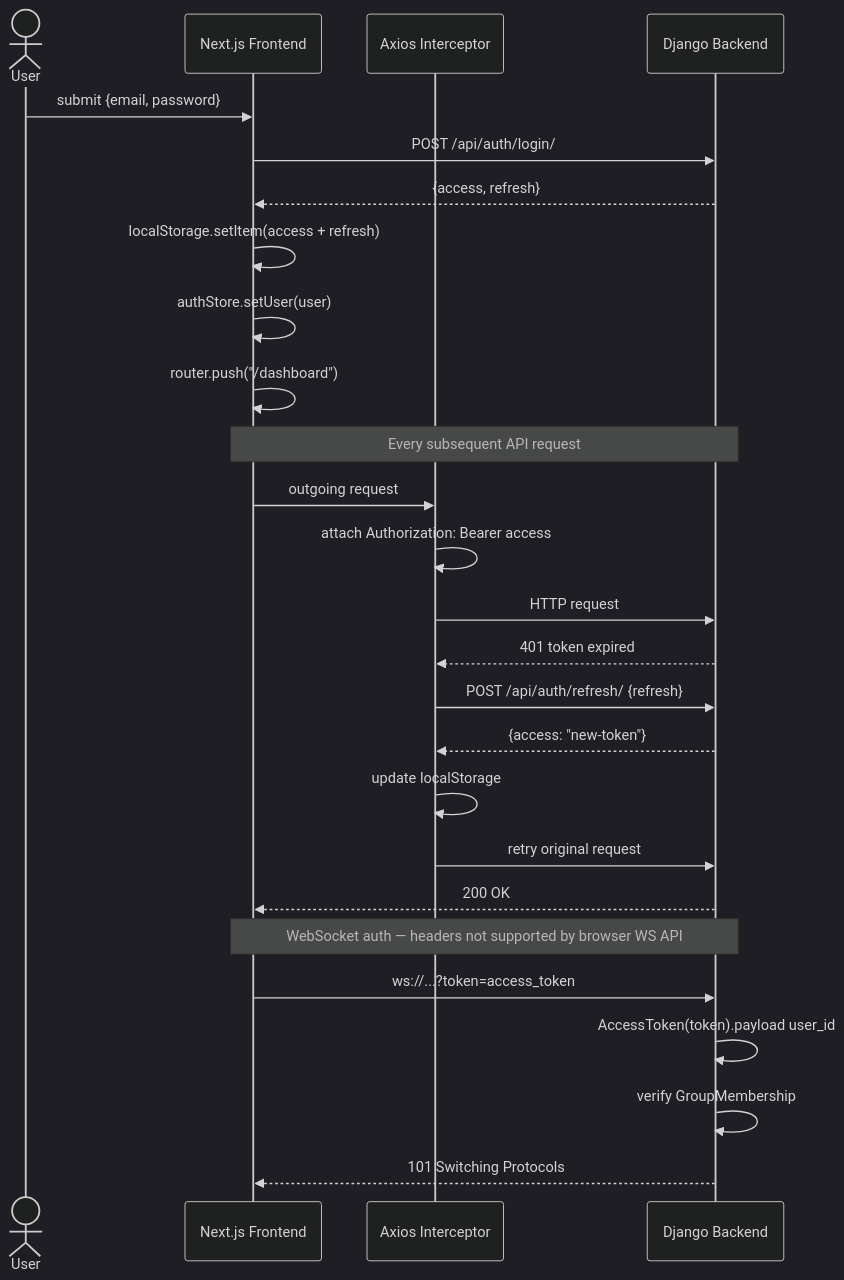
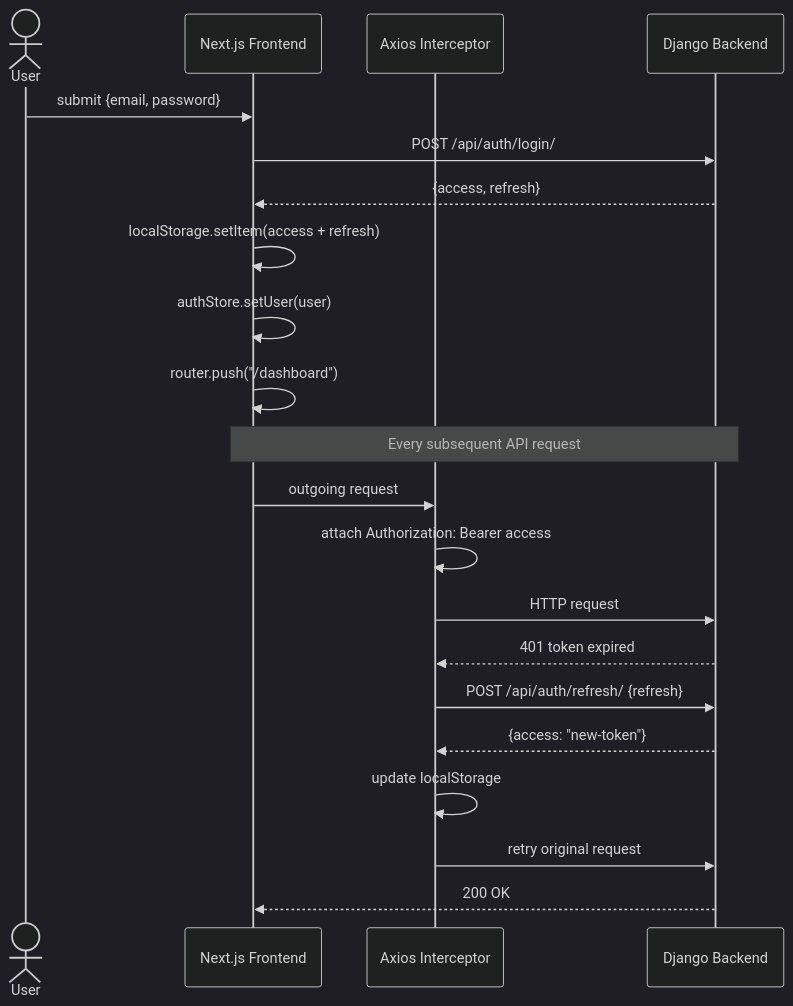
Before and after one commit to MatinMovahedi/StudySync: the second of 6 diagrams in README.md, drawn with Mermaid (dark theme). The commit also changed other lines of this file and 2 other files, not shown here.

````diff
--- a/README.md
+++ b/README.md
@@ -438,31 +299,25 @@
 ```mermaid
 sequenceDiagram
     actor User
     participant FE as Next.js Frontend
     participant AX as Axios Interceptor
     participant BE as Django Backend
 
     User->>FE: submit {email, password}
     FE->>BE: POST /api/auth/login/
     BE-->>FE: {access, refresh}
     FE->>FE: localStorage.setItem(access + refresh)
     FE->>FE: authStore.setUser(user)
     FE->>FE: router.push("/dashboard")
 
     Note over FE,BE: Every subsequent API request
     FE->>AX: outgoing request
     AX->>AX: attach Authorization: Bearer access
     AX->>BE: HTTP request
     BE-->>AX: 401 token expired
     AX->>BE: POST /api/auth/refresh/ {refresh}
     BE-->>AX: {access: "new-token"}
     AX->>AX: update localStorage
     AX->>BE: retry original request
     BE-->>FE: 200 OK
-
-    Note over FE,BE: WebSocket auth — headers not supported by browser WS API
-    FE->>BE: ws://...?token=access_token
-    BE->>BE: AccessToken(token).payload user_id
-    BE->>BE: verify GroupMembership
-    BE-->>FE: 101 Switching Protocols
 ```
````
